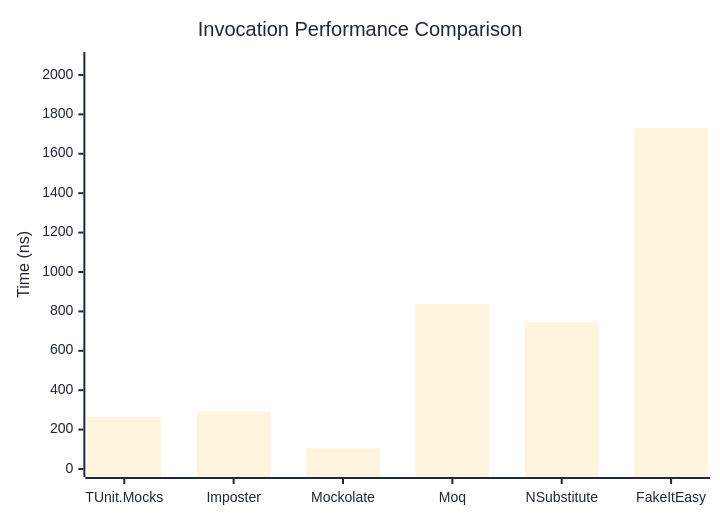
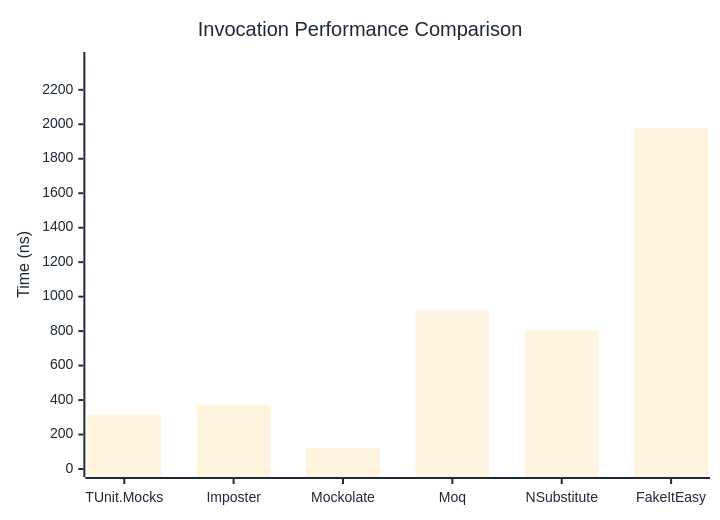
One commit to thomhurst/TUnit changed the first of 3 diagrams in docs/docs/benchmarks/mocks/Invocation.md. Above: the diagram before and after it, drawn with Mermaid. The commit also changed other lines of this file and 14 other files, not shown here.

````diff
--- a/docs/docs/benchmarks/mocks/Invocation.md
+++ b/docs/docs/benchmarks/mocks/Invocation.md
@@ -28,27 +28,27 @@
 ```mermaid
 %%{init: {
   'theme':'base',
   'themeVariables': {
     'primaryColor': '#2563eb',
     'primaryTextColor': '#1f2937',
     'primaryBorderColor': '#1e40af',
     'lineColor': '#6b7280',
     'secondaryColor': '#7c3aed',
     'tertiaryColor': '#dc2626',
     'background': '#ffffff',
     'pie1': '#2563eb',
     'pie2': '#7c3aed',
     'pie3': '#dc2626',
     'pie4': '#f59e0b',
     'pie5': '#10b981',
     'pie6': '#06b6d4',
     'pie7': '#ec4899',
     'pie8': '#6366f1'
   }
 }}%%
 xychart-beta
   title "Invocation Performance Comparison"
   x-axis ["TUnit.Mocks", "Imposter", "Mockolate", "Moq", "NSubstitute", "FakeItEasy"]
-  y-axis "Time (ns)" 0 --> 2076
-  bar [264.97, 291.89, 104.91, 837.8, 746.03, 1729.42]
+  y-axis "Time (ns)" 0 --> 2373
+  bar [315.3, 371.9, 124.2, 919.3, 804, 1977.3]
 ```
````
